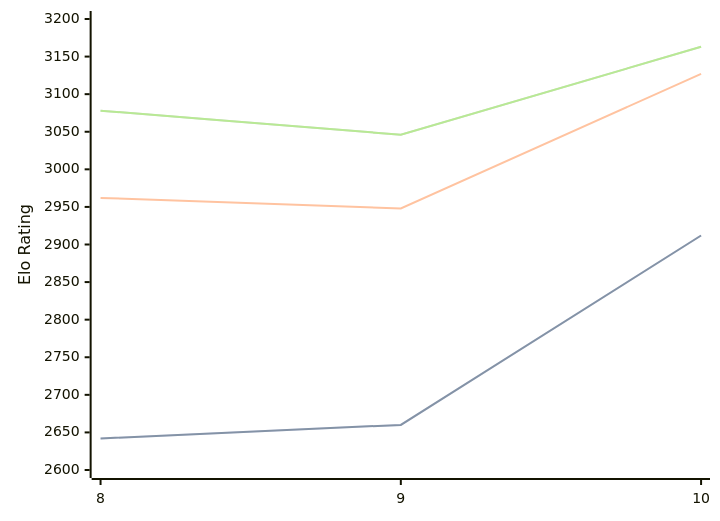
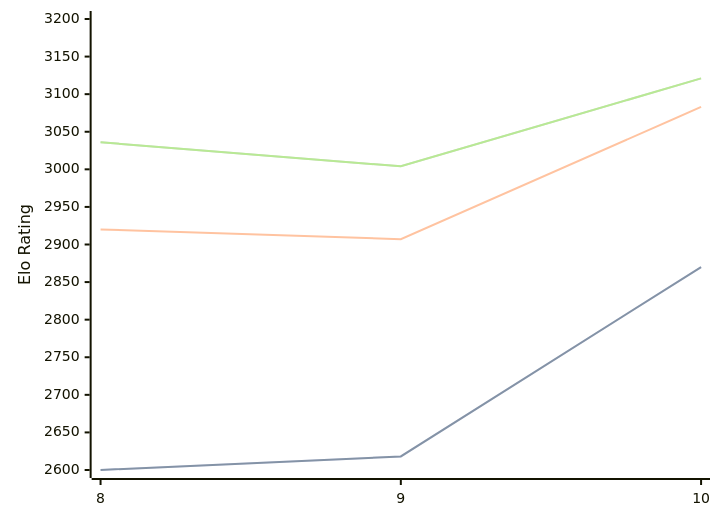
Before and after one commit to computer-chess-index/cci: the diagram in engines/Lozza.md, drawn with Mermaid. The commit also changed other lines of this file, not shown here.

Commit message:
Update CCI Ratings (ELO VLTC) - 2026-05-19

````diff
--- a/engines/Lozza.md
+++ b/engines/Lozza.md
@@ -41,11 +41,11 @@
 ```mermaid
 %%{init: {"theme":"base","themeVariables":{"seriesColors:['#a3a3a3','#222221','#faa371']}}}%%
 xychart-beta
   x-axis ["8", "9", "10"]
   y-axis "Elo Rating" 2600 --> 3200
-  line "STC (8.0+0.08s)" [2642, 2660, 2912]
-  line "STC (8.0+0.08s)" [2642, 2660, 2912]
-  line "LTC (60.0+0.60s)" [2962, 2948, 3127]
-  line "VLTC (2m24s+1.12s)" [3078, 3046, 3163]
-  line "VLTC (2m24s+1.12s)" [3078, 3046, 3163]
+  line "STC (8.0+0.08s)" [2600, 2618, 2870]
+  line "STC (8.0+0.08s)" [2600, 2618, 2870]
+  line "LTC (60.0+0.60s)" [2920, 2907, 3083]
+  line "VLTC (2m24s+1.12s)" [3036, 3004, 3121]
+  line "VLTC (2m24s+1.12s)" [3036, 3004, 3121]
 ```
````
